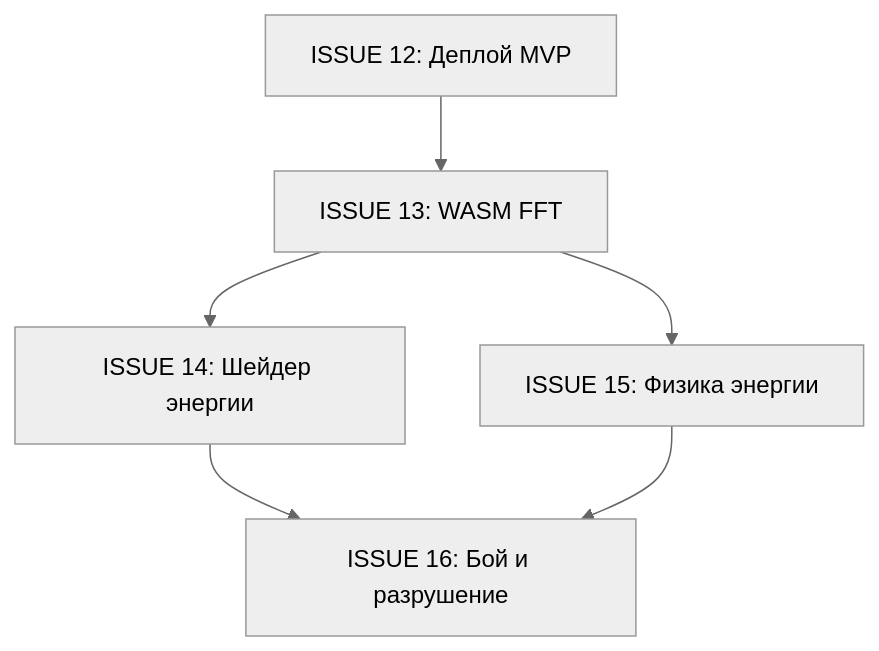
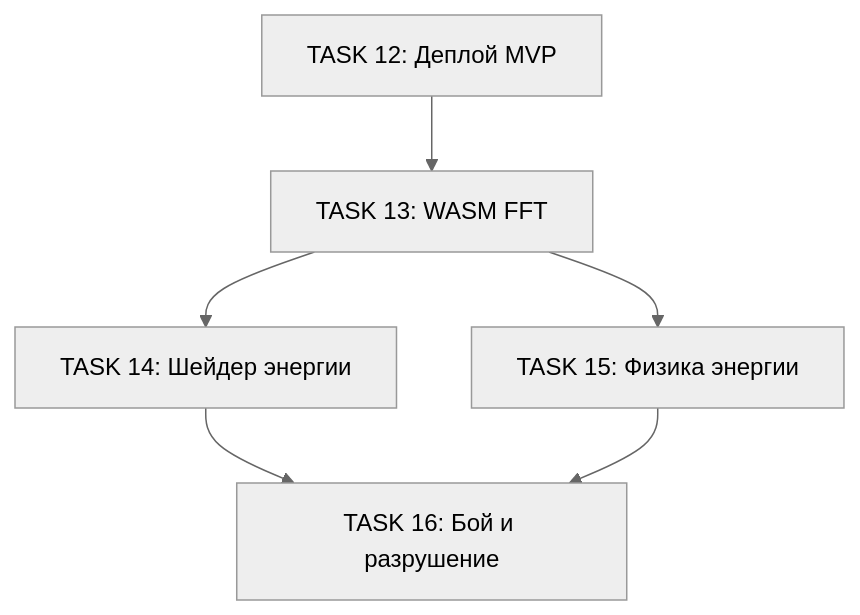
The diagram in docs/phases/phase-2-fft.md (konard/netkeep80-isocubic), drawn with Mermaid (neutral theme) before and after one commit. The commit also changed other lines of this file and 6 other files, not shown here.

First line of the commit message:
docs: replace ISSUE with TASK terminology throughout documentation

````diff
--- a/docs/phases/phase-2-fft.md
+++ b/docs/phases/phase-2-fft.md
@@ -120,8 +120,8 @@
 ```mermaid
 graph TD
-    I12[ISSUE 12: Деплой MVP] --> I13[ISSUE 13: WASM FFT]
-    I13 --> I14[ISSUE 14: Шейдер энергии]
-    I13 --> I15[ISSUE 15: Физика энергии]
-    I14 --> I16[ISSUE 16: Бой и разрушение]
-    I15 --> I16
+    T12[TASK 12: Деплой MVP] --> T13[TASK 13: WASM FFT]
+    T13 --> T14[TASK 14: Шейдер энергии]
+    T13 --> T15[TASK 15: Физика энергии]
+    T14 --> T16[TASK 16: Бой и разрушение]
+    T15 --> T16
 ```
````
